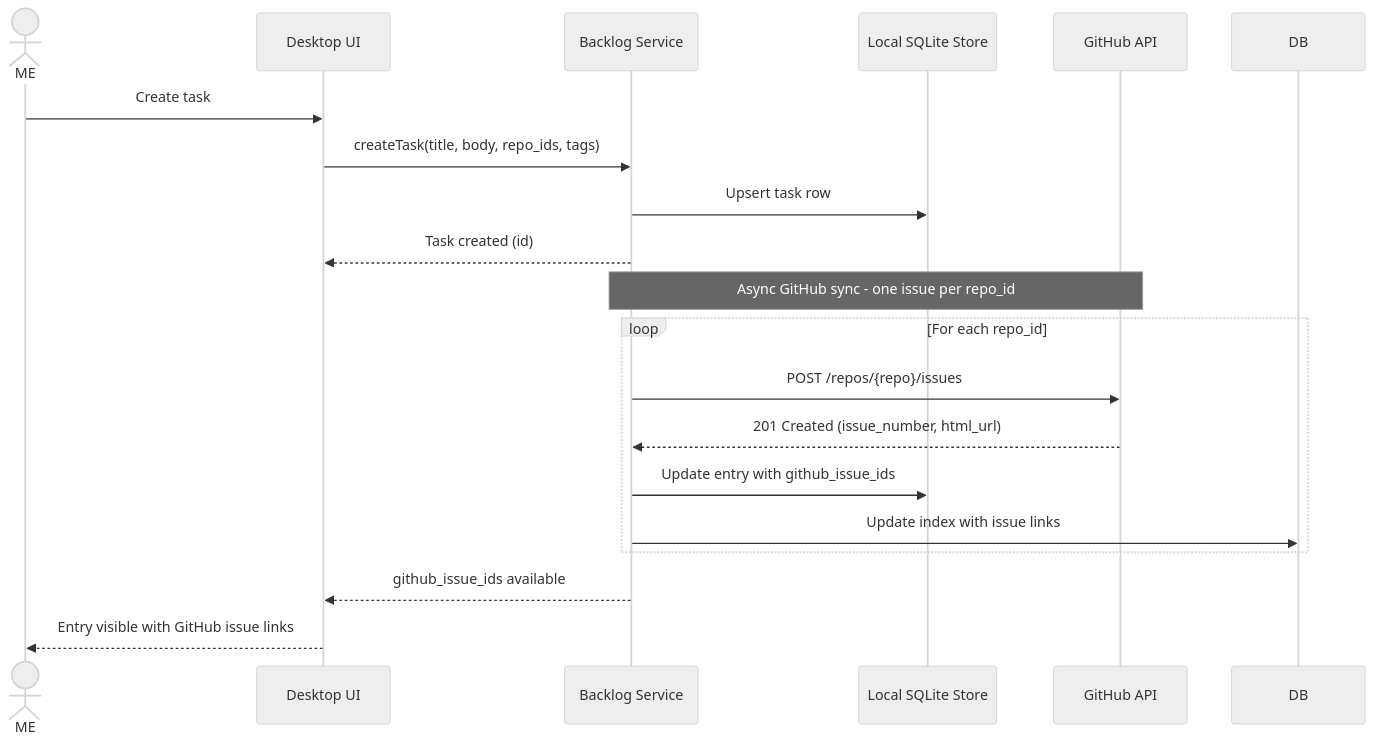
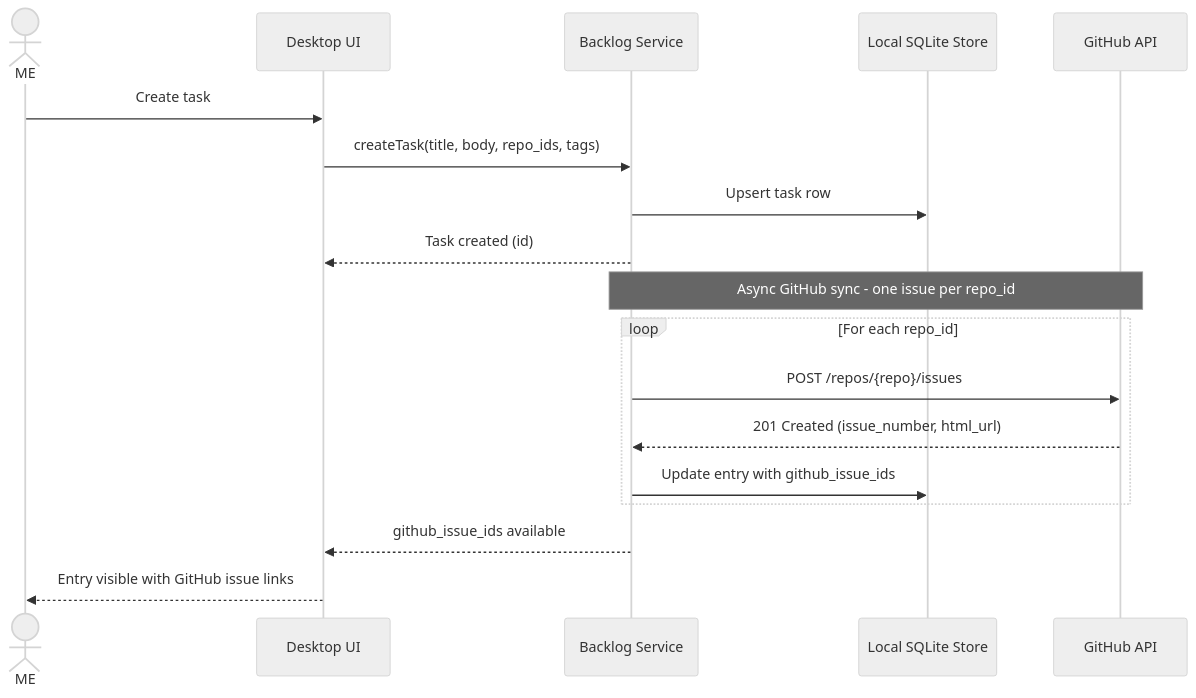
The first of 14 diagrams in .devbook/arc42/06-runtime-view.md (JSdotNet/Backlog), drawn with Mermaid (neutral theme) before and after one commit. The commit also changed other lines of this file and 131 other files, not shown here.

````diff
--- a/.devbook/arc42/06-runtime-view.md
+++ b/.devbook/arc42/06-runtime-view.md
@@ -16,24 +16,23 @@
 ```mermaid
 sequenceDiagram
     actor ME
     participant UI as Desktop UI
     participant Backlog as Backlog Service
     participant Store as Local SQLite Store
     participant GitHub as GitHub API
 
     ME->>UI: Create task
     UI->>Backlog: createTask(title, body, repo_ids, tags)
     Backlog->>Store: Upsert task row
     Backlog-->>UI: Task created (id)
 
     Note over Backlog,GitHub: Async GitHub sync - one issue per repo_id
     loop For each repo_id
         Backlog->>GitHub: POST /repos/{repo}/issues
         GitHub-->>Backlog: 201 Created (issue_number, html_url)
         Backlog->>Store: Update entry with github_issue_ids
-        Backlog->>DB: Update index with issue links
     end
 
     Backlog-->>UI: github_issue_ids available
     UI-->>ME: Entry visible with GitHub issue links
 ```
````
